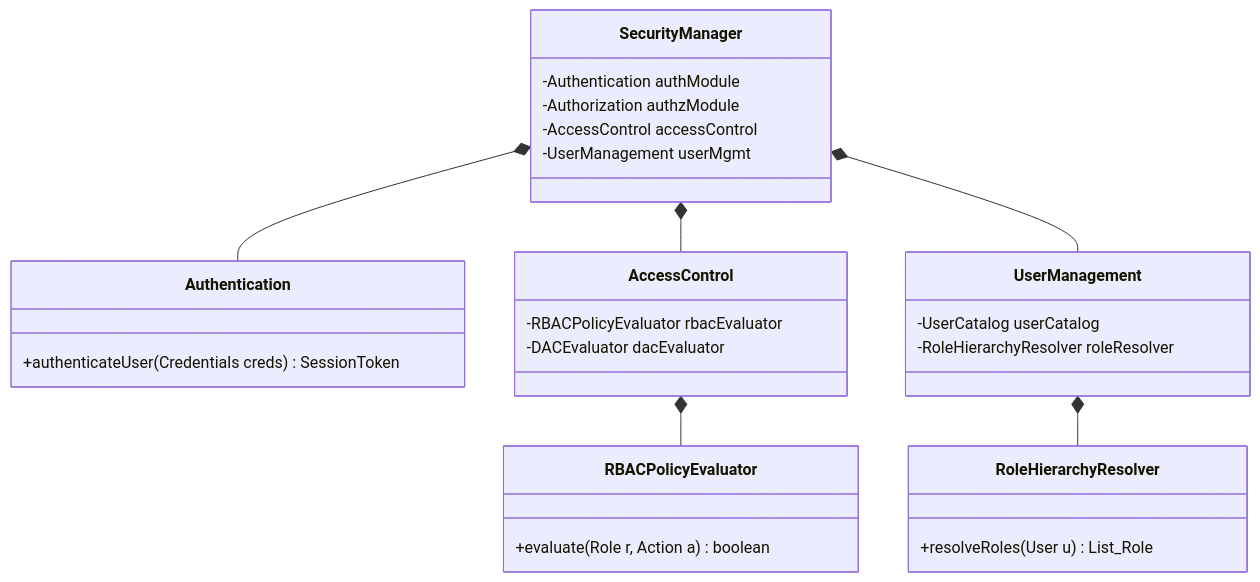
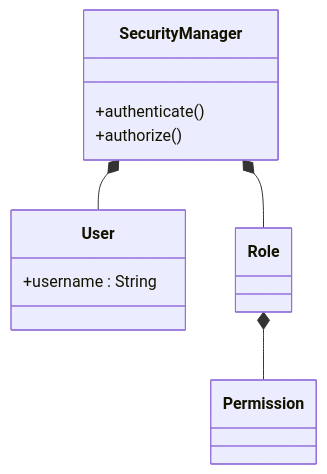
One commit to TamBui1706/DBMS changed the eighth of 16 diagrams in README.md. Above: the diagram before and after it, drawn with Mermaid. The commit also changed other lines of this file and 112 other files, not shown here.

Commit message:
Add doc tests and flow charts

````diff
--- a/README.md
+++ b/README.md
@@ -741,31 +666,16 @@
 ```mermaid
 classDiagram
-class SecurityManager {
-        -Authentication authModule
-        -Authorization authzModule
-        -AccessControl accessControl
-        -UserManagement userMgmt
+    class SecurityManager {
+        +authenticate()
+        +authorize()
     }
-    class Authentication {
-        +authenticateUser(Credentials creds) SessionToken
+    class User {
+        +username : String
     }
-    class AccessControl {
-        -RBACPolicyEvaluator rbacEvaluator
-        -DACEvaluator dacEvaluator
-    }
-    class RBACPolicyEvaluator {
-        +evaluate(Role r, Action a) boolean
-    }
-    class UserManagement {
-        -UserCatalog userCatalog
-        -RoleHierarchyResolver roleResolver
-    }
-    class RoleHierarchyResolver {
-        +resolveRoles(User u) List_Role
-    }
-    SecurityManager *-- Authentication
-    SecurityManager *-- AccessControl
-    SecurityManager *-- UserManagement
-    AccessControl *-- RBACPolicyEvaluator
-    UserManagement *-- RoleHierarchyResolver
+    class Role
+    class Permission
+
+    SecurityManager *-- User
+    SecurityManager *-- Role
+    Role *-- Permission
 ```
````
